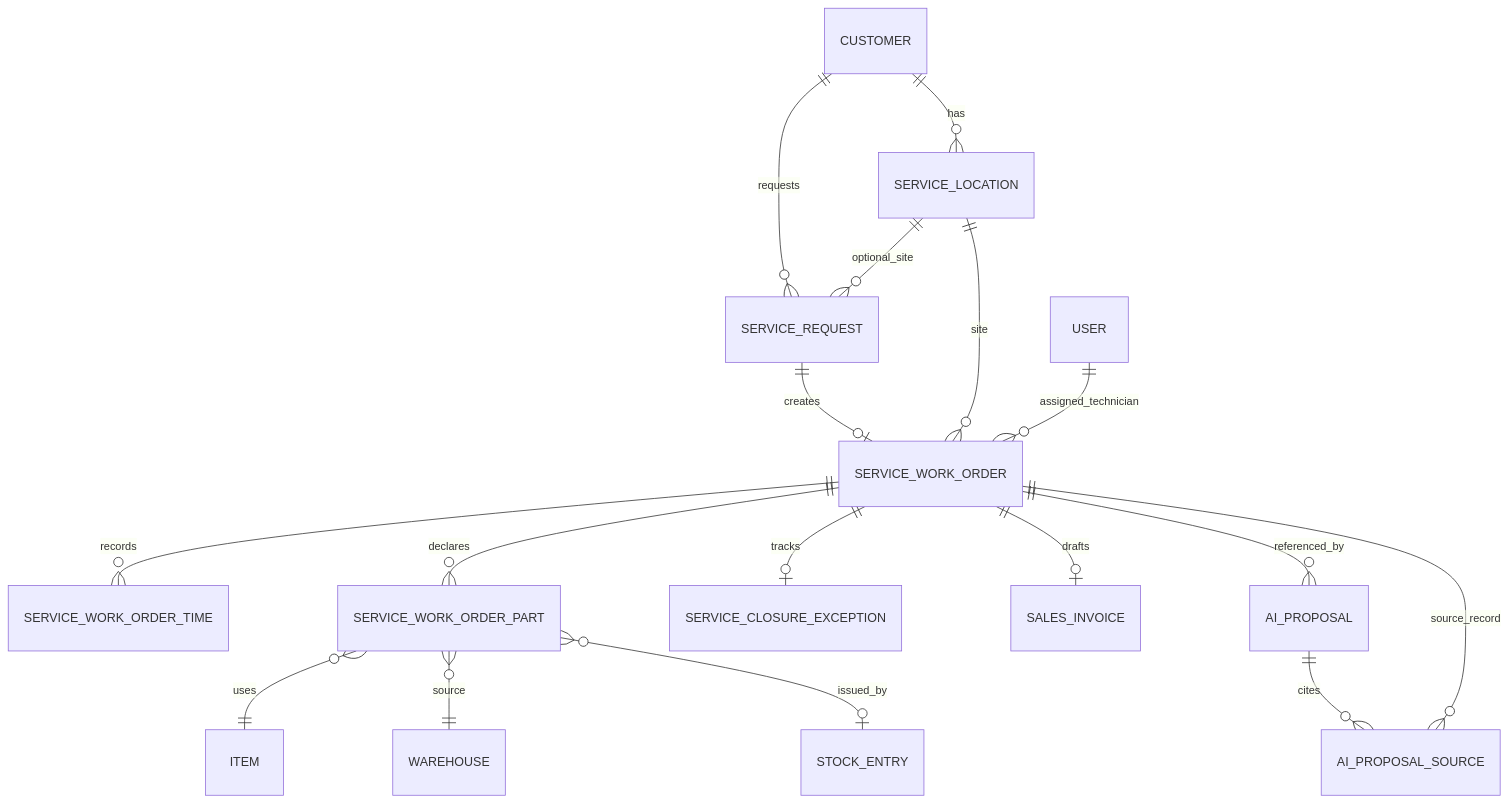
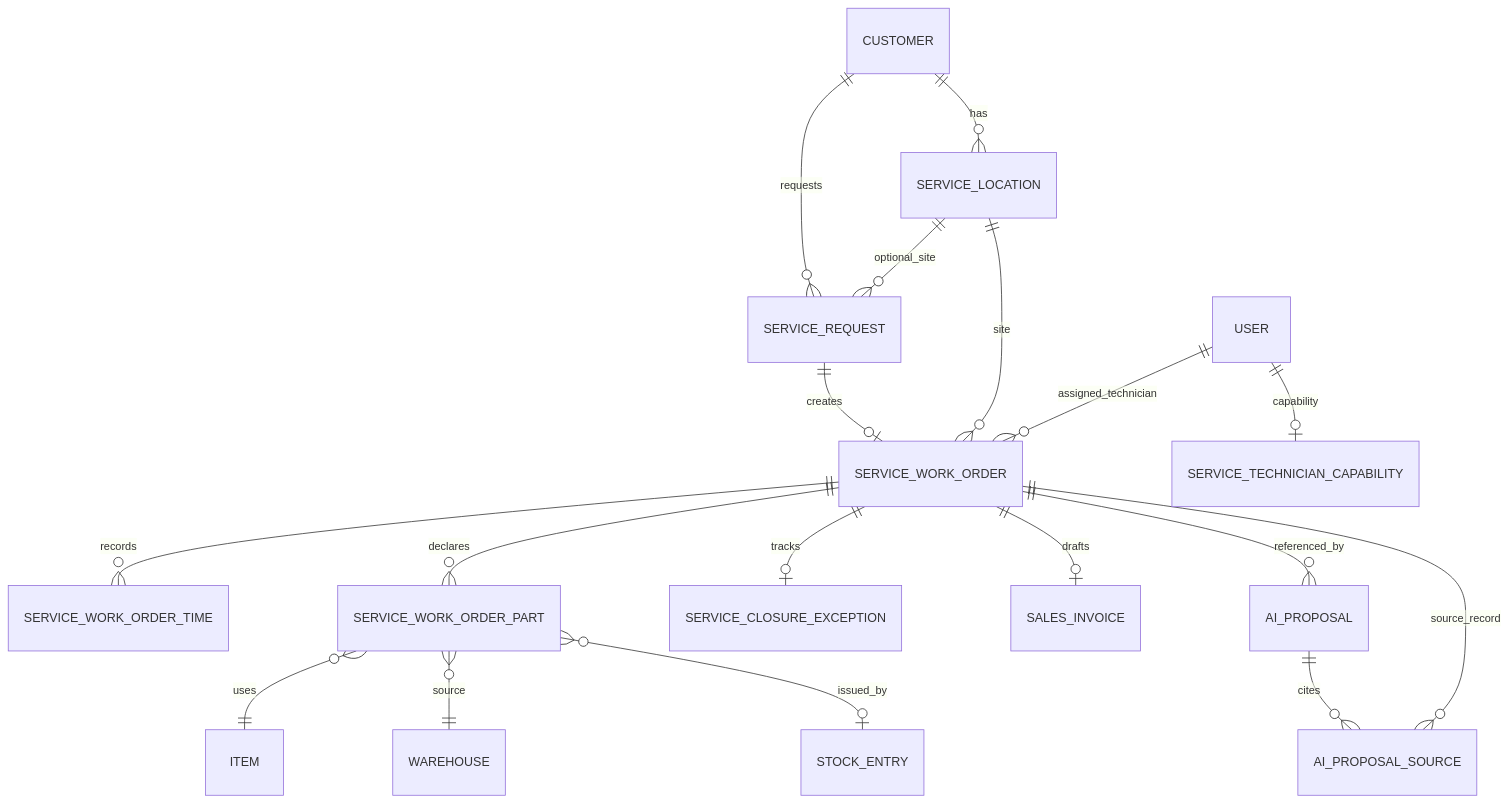
One commit to mlvpatel/ai-erp-demo changed the diagram in docs/architecture/domain-data-model.md. Above: the diagram before and after it, drawn with Mermaid. The commit also changed other lines of this file and 46 other files, not shown here.

````diff
--- a/docs/architecture/domain-data-model.md
+++ b/docs/architecture/domain-data-model.md
@@ -8,19 +8,20 @@
 ```mermaid
 erDiagram
     CUSTOMER ||--o{ SERVICE_LOCATION : has
     CUSTOMER ||--o{ SERVICE_REQUEST : requests
     SERVICE_LOCATION ||--o{ SERVICE_REQUEST : optional_site
     SERVICE_REQUEST ||--o| SERVICE_WORK_ORDER : creates
     SERVICE_LOCATION ||--o{ SERVICE_WORK_ORDER : site
     USER ||--o{ SERVICE_WORK_ORDER : assigned_technician
+    USER ||--o| SERVICE_TECHNICIAN_CAPABILITY : capability
     SERVICE_WORK_ORDER ||--o{ SERVICE_WORK_ORDER_TIME : records
     SERVICE_WORK_ORDER ||--o{ SERVICE_WORK_ORDER_PART : declares
     SERVICE_WORK_ORDER ||--o| SERVICE_CLOSURE_EXCEPTION : tracks
     SERVICE_WORK_ORDER ||--o| SALES_INVOICE : drafts
     SERVICE_WORK_ORDER_PART }o--|| ITEM : uses
     SERVICE_WORK_ORDER_PART }o--|| WAREHOUSE : source
     SERVICE_WORK_ORDER_PART }o--o| STOCK_ENTRY : issued_by
     SERVICE_WORK_ORDER ||--o{ AI_PROPOSAL : referenced_by
     AI_PROPOSAL ||--o{ AI_PROPOSAL_SOURCE : cites
     AI_PROPOSAL_SOURCE }o--|| SERVICE_WORK_ORDER : source_record
 ```
````
